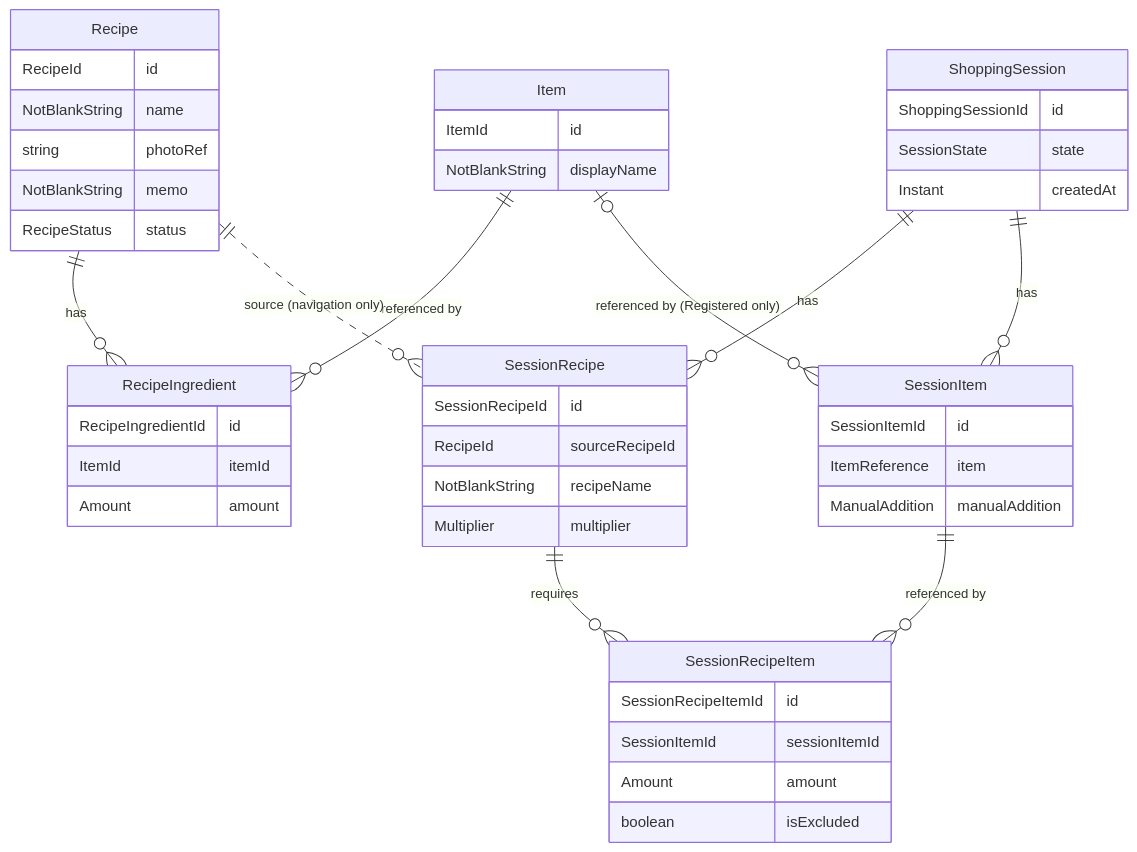
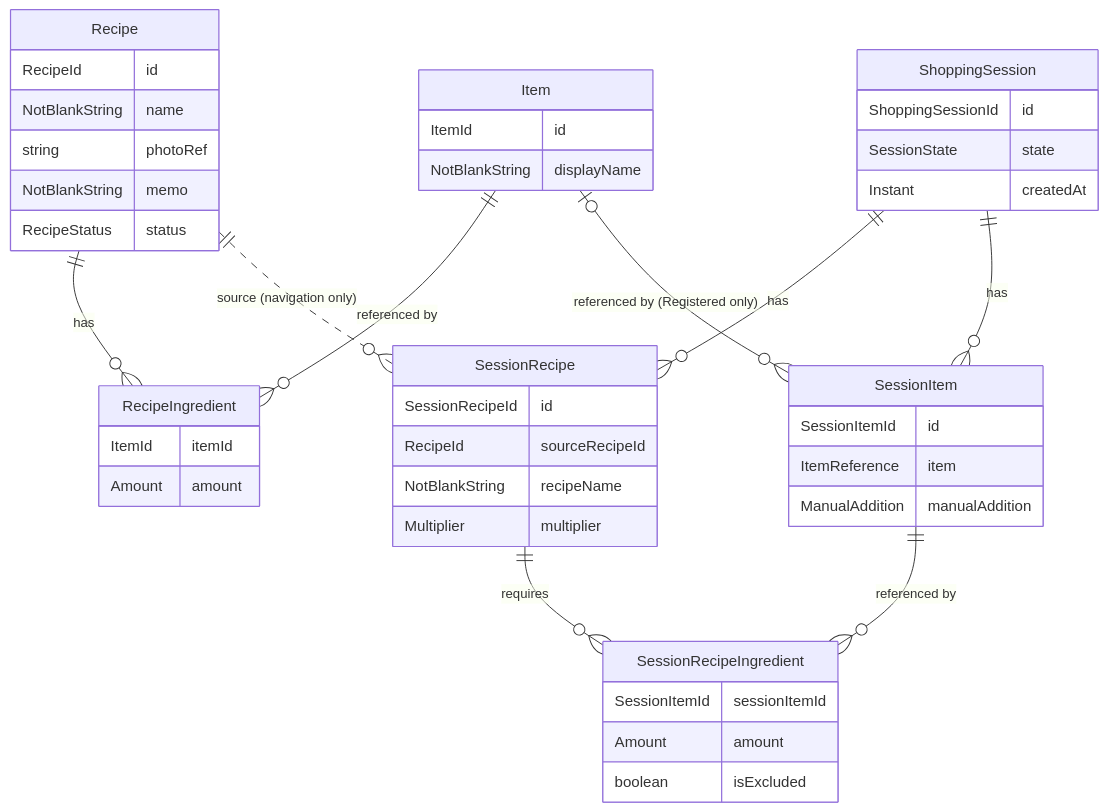
One commit to kyo1941/RecipeDeck changed the diagram in docs/architecture.md. Above: the diagram before and after it, drawn with Mermaid. The commit also changed other lines of this file and 1 other file, not shown here.

````diff
--- a/docs/architecture.md
+++ b/docs/architecture.md
@@ -56,57 +57,55 @@
 ```mermaid
 erDiagram
     Recipe ||--o{ RecipeIngredient : "has"
     Item ||--o{ RecipeIngredient : "referenced by"
 
     ShoppingSession ||--o{ SessionRecipe : "has"
     ShoppingSession ||--o{ SessionItem : "has"
-    SessionRecipe ||--o{ SessionRecipeItem : "requires"
-    SessionItem ||--o{ SessionRecipeItem : "referenced by"
+    SessionRecipe ||--o{ SessionRecipeIngredient : "requires"
+    SessionItem ||--o{ SessionRecipeIngredient : "referenced by"
     Item |o--o{ SessionItem : "referenced by (Registered only)"
     Recipe ||..o{ SessionRecipe : "source (navigation only)"
 
     Recipe {
         RecipeId id
         NotBlankString name
         string photoRef
         NotBlankString memo
         RecipeStatus status
     }
 
     Item {
         ItemId id
         NotBlankString displayName
     }
 
     RecipeIngredient {
-        RecipeIngredientId id
         ItemId itemId
         Amount amount
     }
 
     ShoppingSession {
         ShoppingSessionId id
         SessionState state
         Instant createdAt
     }
 
     SessionRecipe {
         SessionRecipeId id
         RecipeId sourceRecipeId
         NotBlankString recipeName
         Multiplier multiplier
     }
 
     SessionItem {
         SessionItemId id
         ItemReference item
         ManualAddition manualAddition
     }
 
-    SessionRecipeItem {
-        SessionRecipeItemId id
+    SessionRecipeIngredient {
         SessionItemId sessionItemId
         Amount amount
         boolean isExcluded
     }
 ```
````
